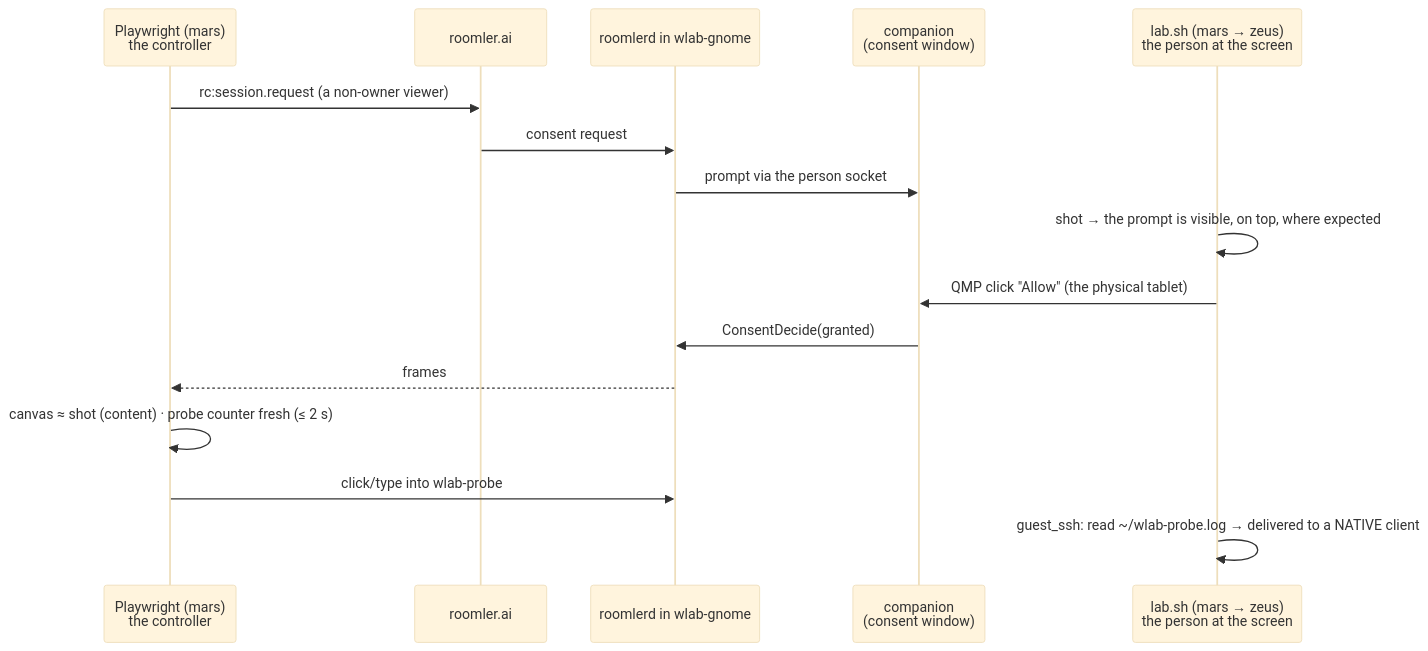
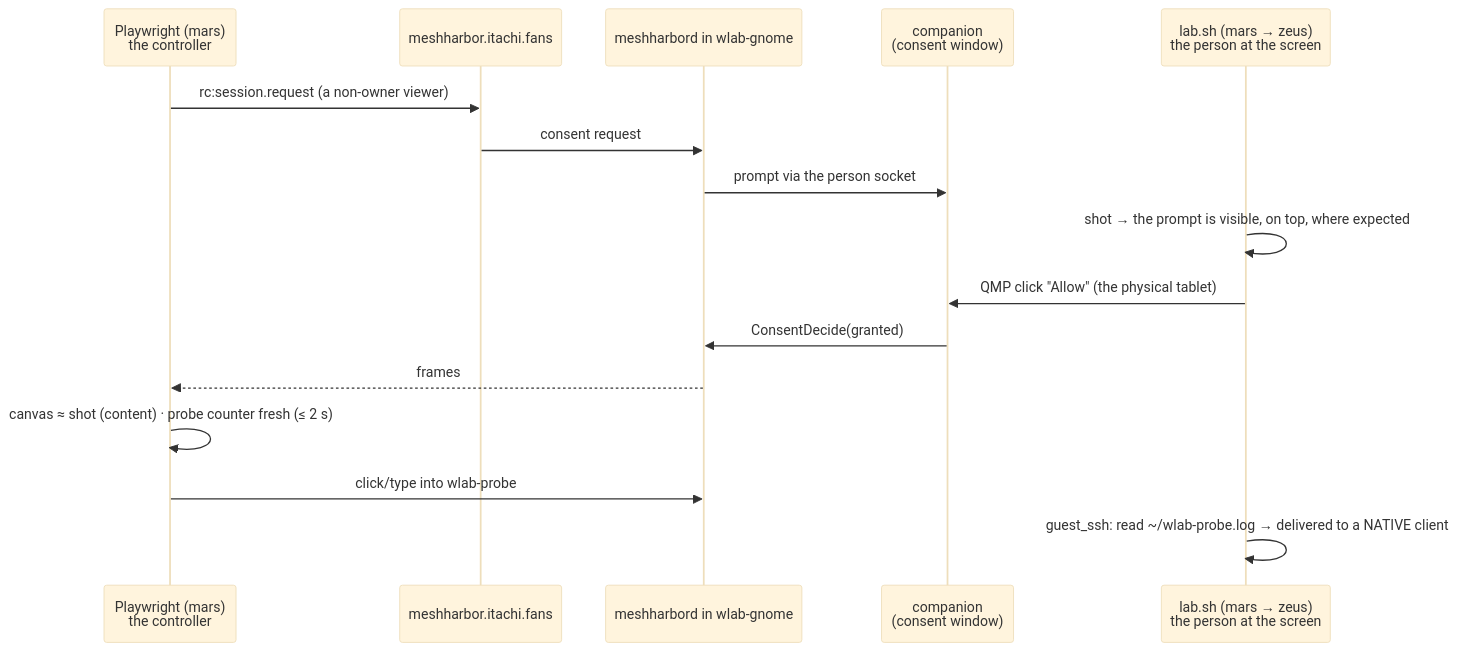
The second of 3 diagrams in docs/fr/FR-93-wayland-out-of-the-box.md (jk-zhang-meta/MeshHarbor), drawn with Mermaid (base theme) before and after one commit. The commit also changed other lines of this file and 682 other files, not shown here.

````diff
--- a/docs/fr/FR-93-wayland-out-of-the-box.md
+++ b/docs/fr/FR-93-wayland-out-of-the-box.md
@@ -251,18 +251,18 @@
 ```mermaid
 sequenceDiagram
     participant PW as Playwright (mars)<br/>the controller
-    participant S as roomler.ai
-    participant A as roomlerd in wlab-gnome
+    participant S as meshharbor.itachi.fans
+    participant A as meshharbord in wlab-gnome
     participant C as companion<br/>(consent window)
     participant L as lab.sh (mars → zeus)<br/>the person at the screen
     PW->>S: rc:session.request (a non-owner viewer)
     S->>A: consent request
     A->>C: prompt via the person socket
     L->>L: shot → the prompt is visible, on top, where expected
     L->>C: QMP click "Allow" (the physical tablet)
     C->>A: ConsentDecide(granted)
     A-->>PW: frames
     PW->>PW: canvas ≈ shot (content) · probe counter fresh (≤ 2 s)
     PW->>A: click/type into wlab-probe
     L->>L: guest_ssh: read ~/wlab-probe.log → delivered to a NATIVE client
 ```
````
